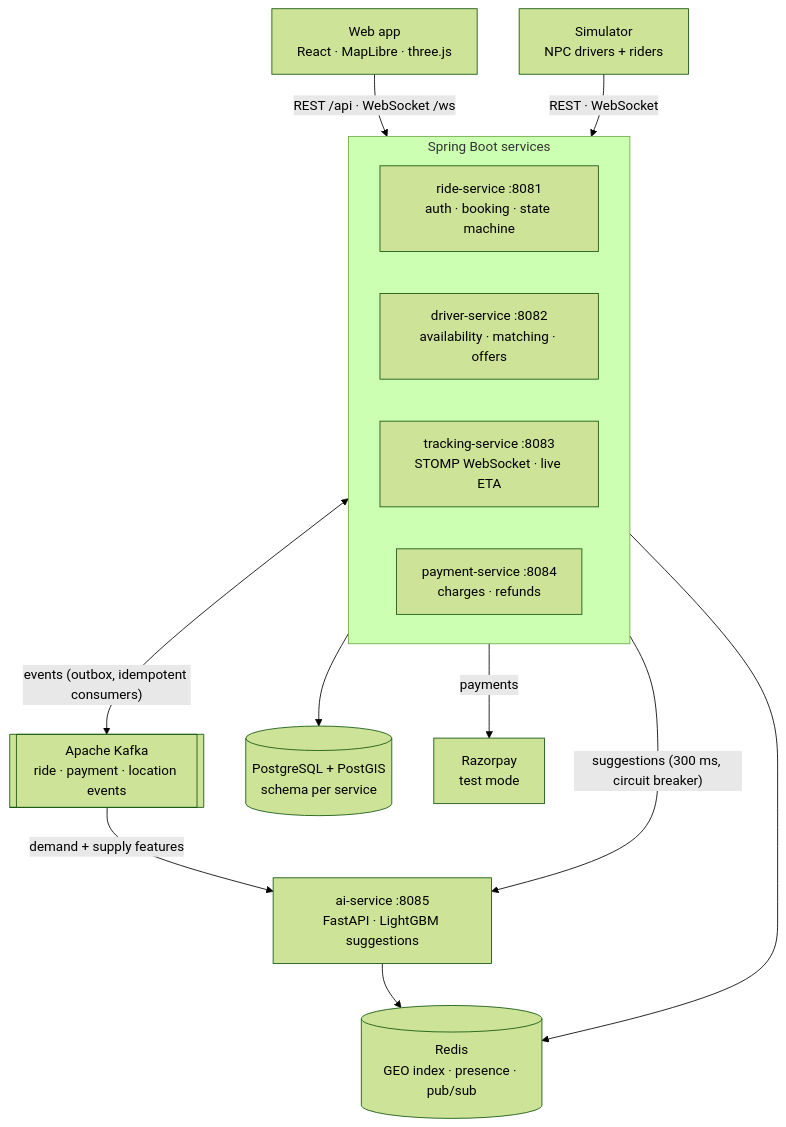
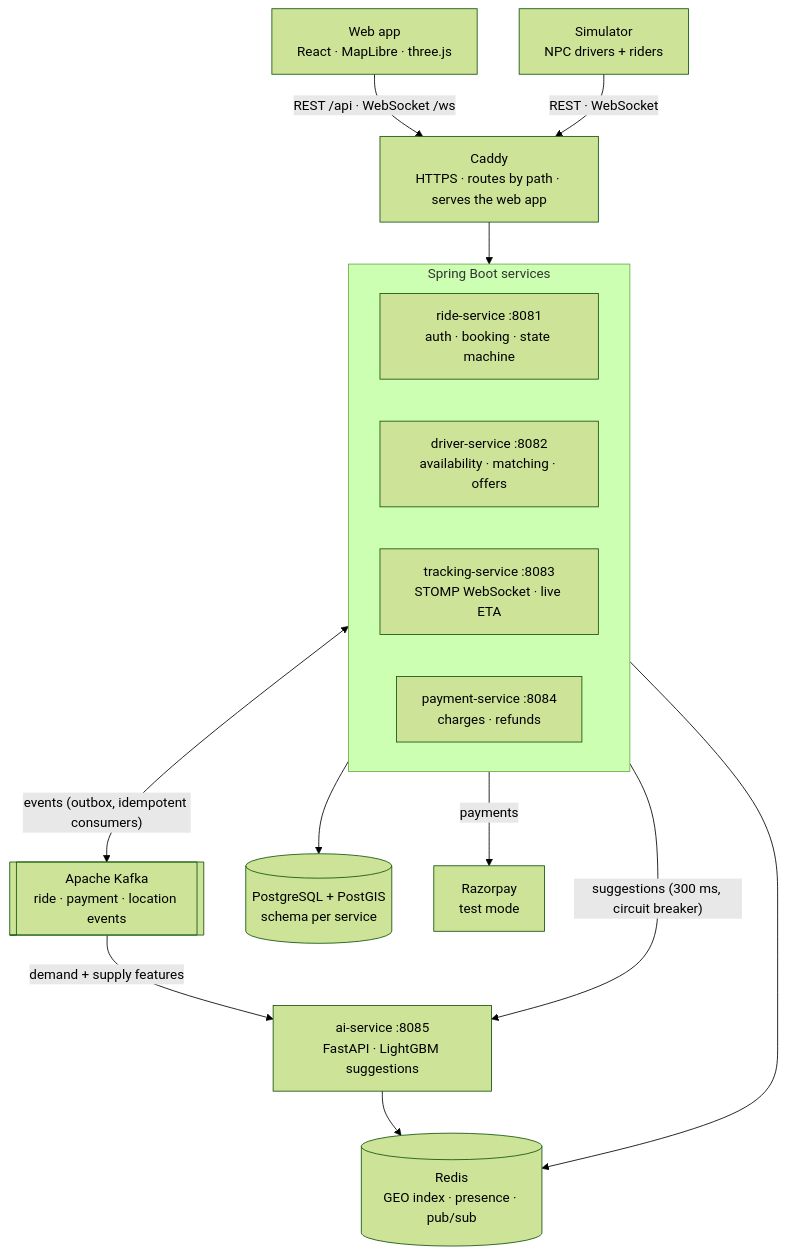
One commit to Boovesh985/rydex changed the diagram in README.md. Above: the diagram before and after it, drawn with Mermaid (forest theme). The commit also changed other lines of this file and 4 other files, not shown here.

````diff
--- a/README.md
+++ b/README.md
@@ -78,29 +79,31 @@
 ```mermaid
 flowchart TB
     web["Web app<br/>React · MapLibre · three.js"]
     sim["Simulator<br/>NPC drivers + riders"]
+    caddy["Caddy<br/>HTTPS · routes by path · serves the web app"]
     ai["ai-service :8085<br/>FastAPI · LightGBM suggestions"]
 
     subgraph services["Spring Boot services"]
         direction LR
         ride["ride-service :8081<br/>auth · booking · state machine"]
         driver["driver-service :8082<br/>availability · matching · offers"]
         tracking["tracking-service :8083<br/>STOMP WebSocket · live ETA"]
         payment["payment-service :8084<br/>charges · refunds"]
     end
 
     kafka[["Apache Kafka<br/>ride · payment · location events"]]
     pg[("PostgreSQL + PostGIS<br/>schema per service")]
     redis[("Redis<br/>GEO index · presence · pub/sub")]
     rzp["Razorpay<br/>test mode"]
 
-    web -- "REST /api · WebSocket /ws" --> services
-    sim -- "REST · WebSocket" --> services
+    web -- "REST /api · WebSocket /ws" --> caddy
+    sim -- "REST · WebSocket" --> caddy
+    caddy --> services
     services <-- "events (outbox, idempotent consumers)" --> kafka
     services --> pg
     services --> redis
     services -- "payments" --> rzp
     services -- "suggestions (300 ms, circuit breaker)" --> ai
     kafka -- "demand + supply features" --> ai
     ai --> redis
 ```
````
